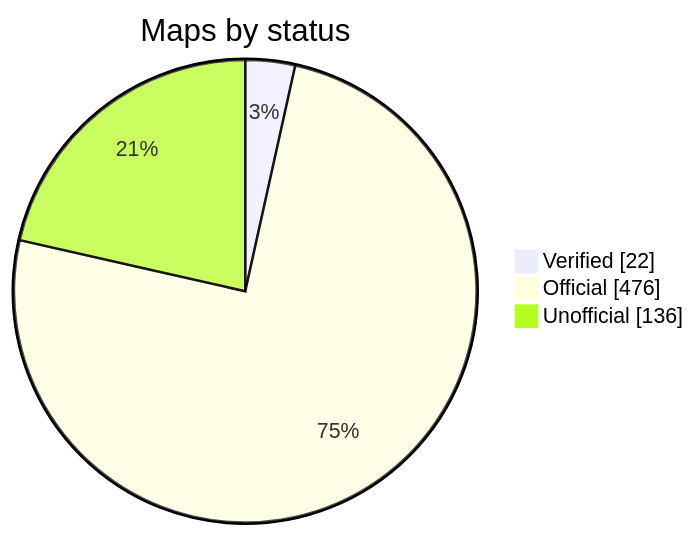
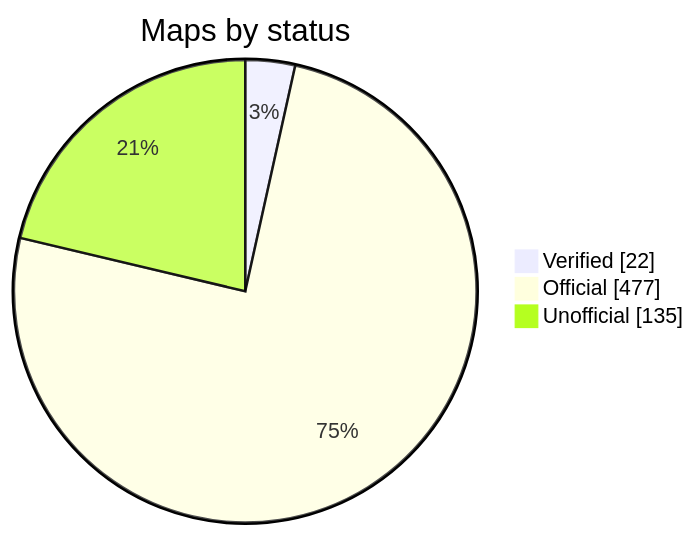
The diagram in README.md (nobrega8/mbmap-library), drawn with Mermaid before and after one commit. The commit also changed 8 other files, not shown here.

````diff
--- a/README.md
+++ b/README.md
@@ -52,7 +52,7 @@
 ```mermaid
 pie showData
     title Maps by status
     "Verified" : 22
-    "Official" : 476
-    "Unofficial" : 136
+    "Official" : 477
+    "Unofficial" : 135
 ```
````
